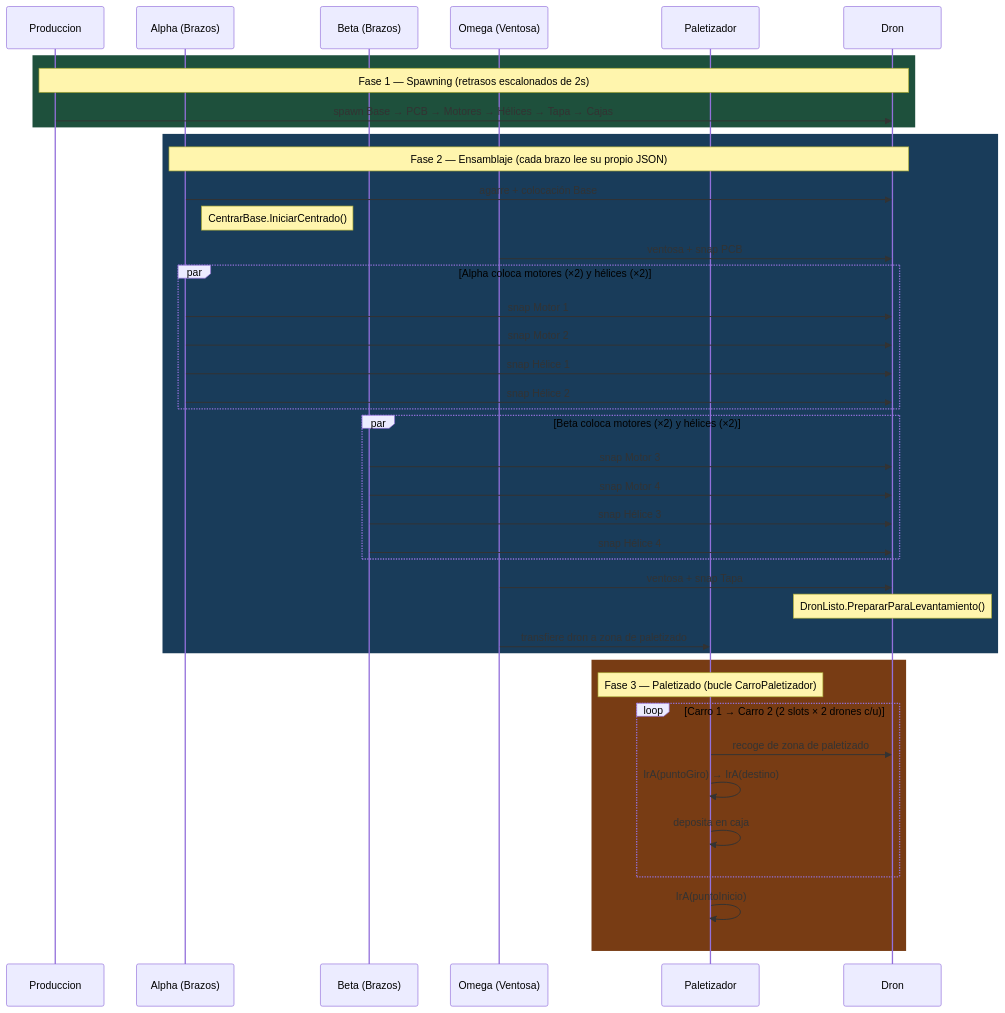
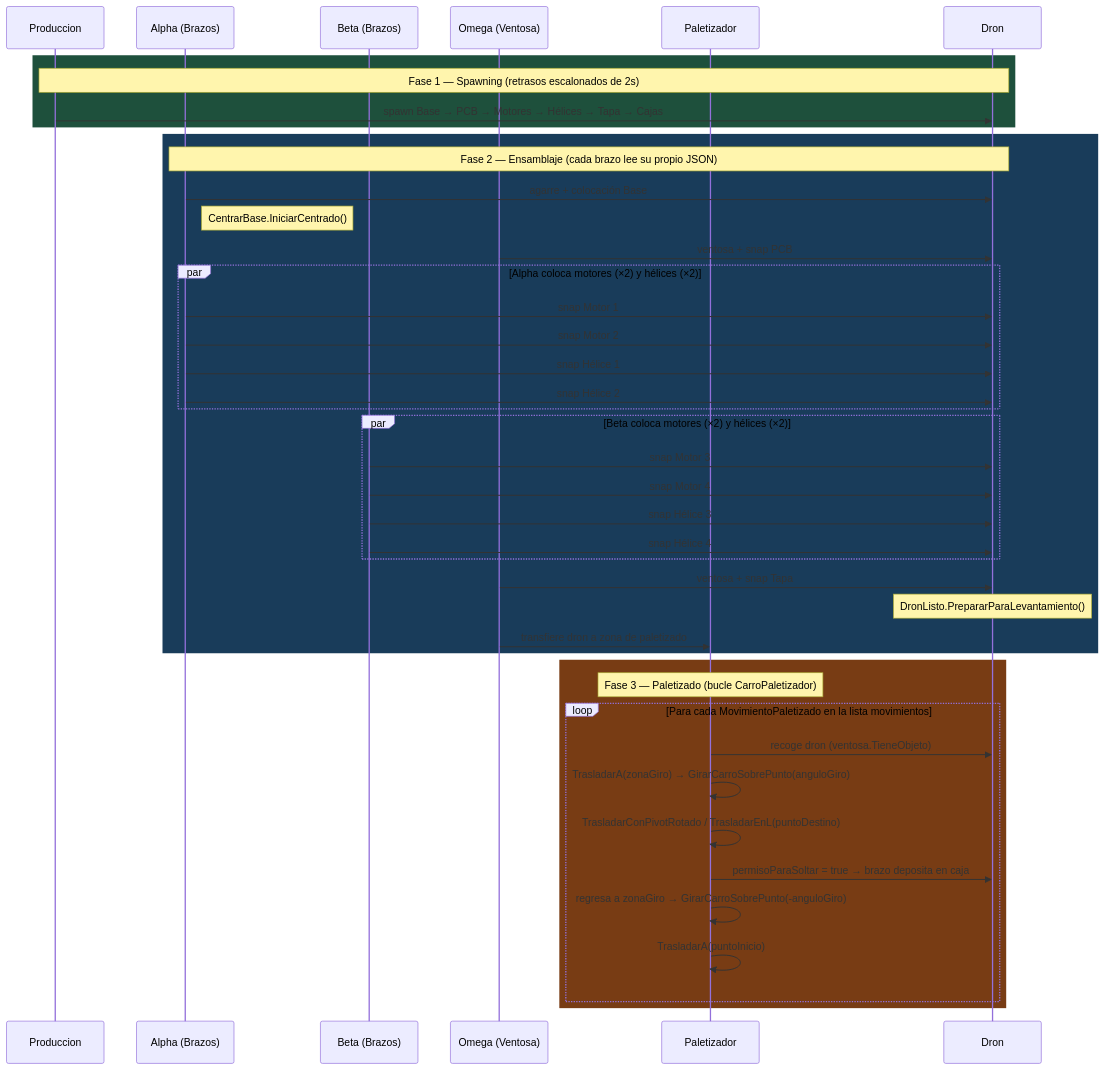
Before and after one commit to jorgefajardom-coder/drone-packaging-simulation-unity: diagram 11 of 12 in README.md, drawn with Mermaid. The commit also changed other lines of this file, not shown here.

First line of the commit message:
docs: actualizar README con estado real del código

````diff
--- a/README.md
+++ b/README.md
@@ -1617,50 +1654,52 @@
 ```mermaid
 sequenceDiagram
     participant P as Produccion
     participant A as Alpha (Brazos)
     participant B as Beta (Brazos)
     participant W as Omega (Ventosa)
     participant PAL as Paletizador
     participant D as Dron
 
     rect rgb(30, 80, 60)
         Note over P,D: Fase 1 — Spawning (retrasos escalonados de 2s)
         P->>D: spawn Base → PCB → Motores → Hélices → Tapa → Cajas
     end
 
     rect rgb(25, 60, 90)
         Note over A,D: Fase 2 — Ensamblaje (cada brazo lee su propio JSON)
         A->>D: agarre + colocación Base
         Note right of A: CentrarBase.IniciarCentrado()
         W->>D: ventosa + snap PCB
 
         par Alpha coloca motores (×2) y hélices (×2)
             A->>D: snap Motor 1
             A->>D: snap Motor 2
             A->>D: snap Hélice 1
             A->>D: snap Hélice 2
         end
 
         par Beta coloca motores (×2) y hélices (×2)
             B->>D: snap Motor 3
             B->>D: snap Motor 4
             B->>D: snap Hélice 3
             B->>D: snap Hélice 4
         end
 
         W->>D: ventosa + snap Tapa
 
         Note over D: DronListo.PrepararParaLevantamiento()
         W->>PAL: transfiere dron a zona de paletizado
     end
 
     rect rgb(120, 60, 20)
         Note over PAL: Fase 3 — Paletizado (bucle CarroPaletizador)
-        loop Carro 1 → Carro 2 (2 slots × 2 drones c/u)
-            PAL->>D: recoge de zona de paletizado
-            PAL->>PAL: IrA(puntoGiro) → IrA(destino)
-            PAL->>PAL: deposita en caja
+        loop Para cada MovimientoPaletizado en la lista movimientos
+            PAL->>D: recoge dron (ventosa.TieneObjeto)
+            PAL->>PAL: TrasladarA(zonaGiro) → GirarCarroSobrePunto(anguloGiro)
+            PAL->>PAL: TrasladarConPivotRotado / TrasladarEnL(puntoDestino)
+            PAL->>D: permisoParaSoltar = true → brazo deposita en caja
+            PAL->>PAL: regresa a zonaGiro → GirarCarroSobrePunto(-anguloGiro)
+            PAL->>PAL: TrasladarA(puntoInicio)
         end
-        PAL->>PAL: IrA(puntoInicio)
     end
 ```
````
